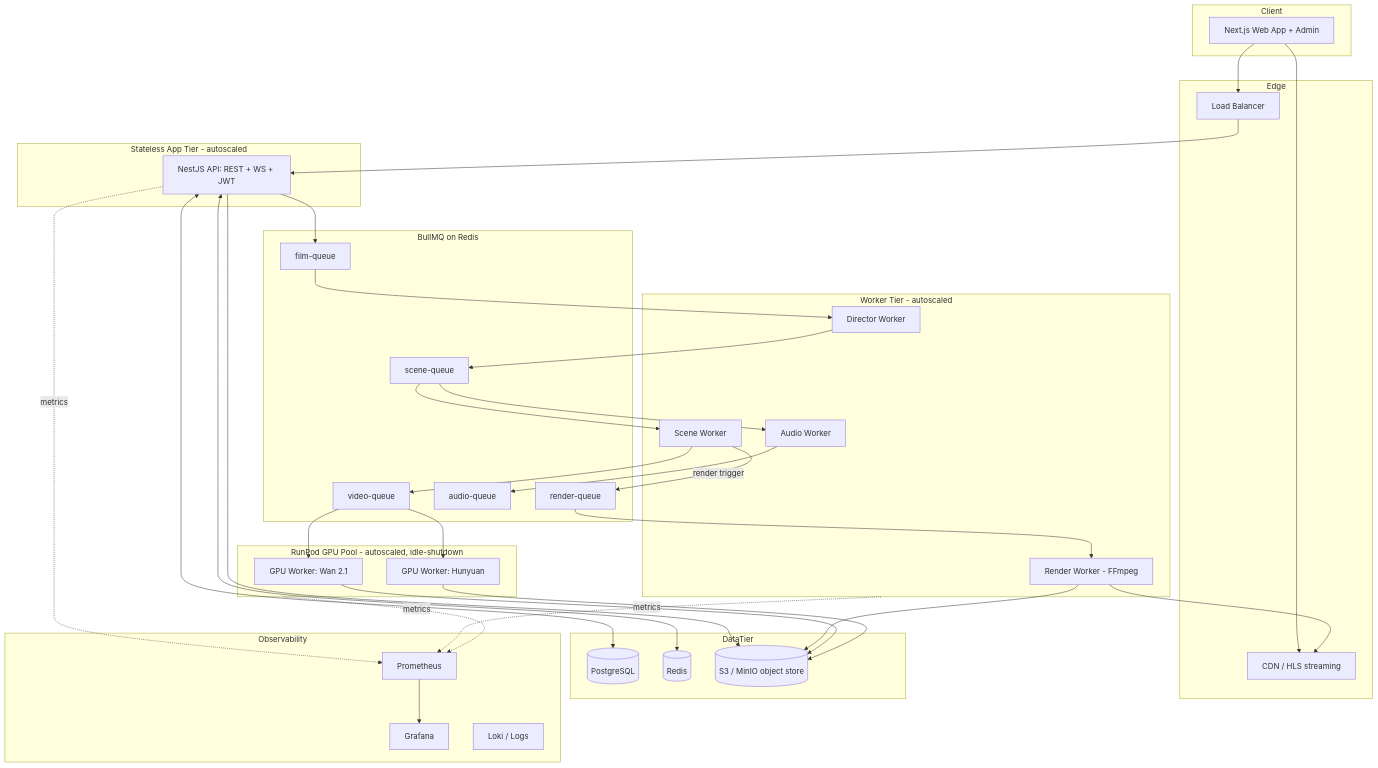
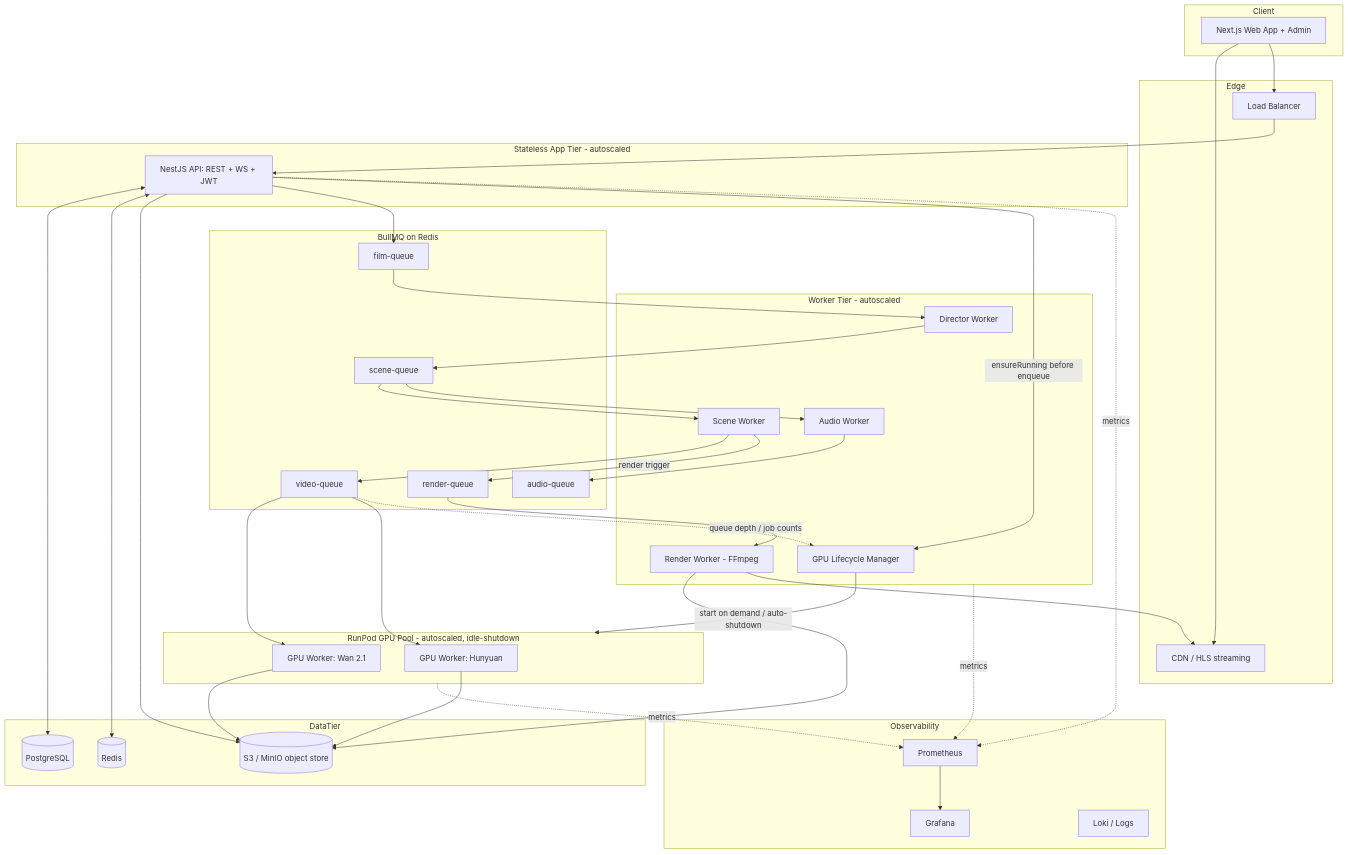
One commit to ICOFCUCAM/media changed the first of 6 diagrams in docs/01-architecture.md. Above: the diagram before and after it, drawn with Mermaid. The commit also changed 10 other files, not shown here.

First line of the commit message:
Add Auto GPU Lifecycle Manager (Phase 1)

````diff
--- a/docs/01-architecture.md
+++ b/docs/01-architecture.md
@@ -7,69 +7,73 @@
 ```mermaid
 flowchart TB
   subgraph Client
     WEB[Next.js Web App + Admin]
   end
 
   subgraph Edge
     CDN[CDN / HLS streaming]
     LB[Load Balancer]
   end
 
   subgraph AppTier[Stateless App Tier - autoscaled]
     API[NestJS API: REST + WS + JWT]
   end
 
   subgraph DataTier
     PG[(PostgreSQL)]
     REDIS[(Redis)]
     S3[(S3 / MinIO object store)]
   end
 
   subgraph Queues[BullMQ on Redis]
     Qfilm[film-queue]
     Qscene[scene-queue]
     Qvideo[video-queue]
     Qaudio[audio-queue]
     Qrender[render-queue]
   end
 
   subgraph Workers[Worker Tier - autoscaled]
     Wdir[Director Worker]
     Wscene[Scene Worker]
     Waudio[Audio Worker]
     Wrender[Render Worker - FFmpeg]
+    GMGR[GPU Lifecycle Manager]
   end
 
   subgraph GPU[RunPod GPU Pool - autoscaled, idle-shutdown]
     GW1[GPU Worker: Wan 2.1]
     GW2[GPU Worker: Hunyuan]
   end
 
   subgraph Observability
     PROM[Prometheus]
     GRAF[Grafana]
     LOGS[Loki / Logs]
   end
 
   WEB --> CDN
   WEB --> LB --> API
   API <--> PG
   API <--> REDIS
   API --> S3
   API --> Qfilm
 
   Qfilm --> Wdir --> Qscene
   Qscene --> Wscene --> Qvideo
   Qscene --> Waudio --> Qaudio
   Qvideo --> GW1
   Qvideo --> GW2
+  GMGR -->|start on demand / auto-shutdown| GPU
+  Qvideo -.queue depth / job counts.-> GMGR
+  API -->|ensureRunning before enqueue| GMGR
   Wscene -->|render trigger| Qrender --> Wrender --> S3
   GW1 --> S3
   GW2 --> S3
   Wrender --> CDN
 
   API -.metrics.-> PROM
   Workers -.metrics.-> PROM
   GPU -.metrics.-> PROM
   PROM --> GRAF
 ```
````
